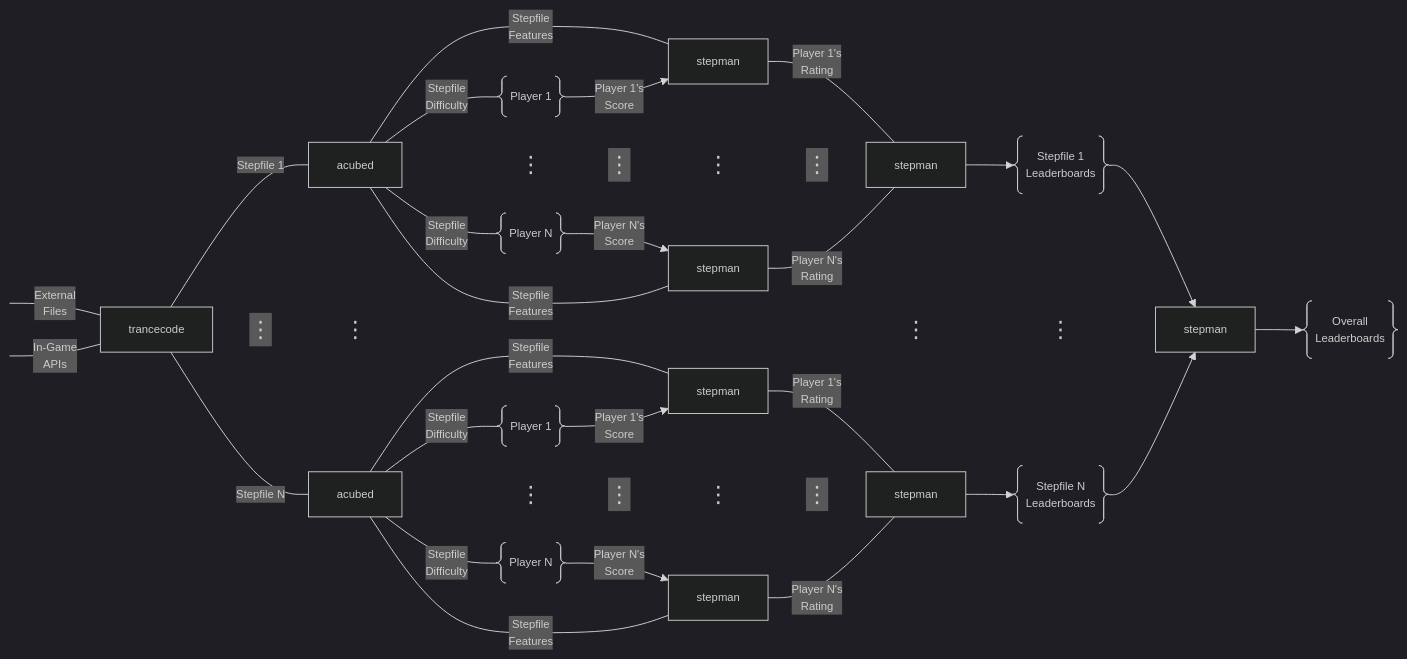
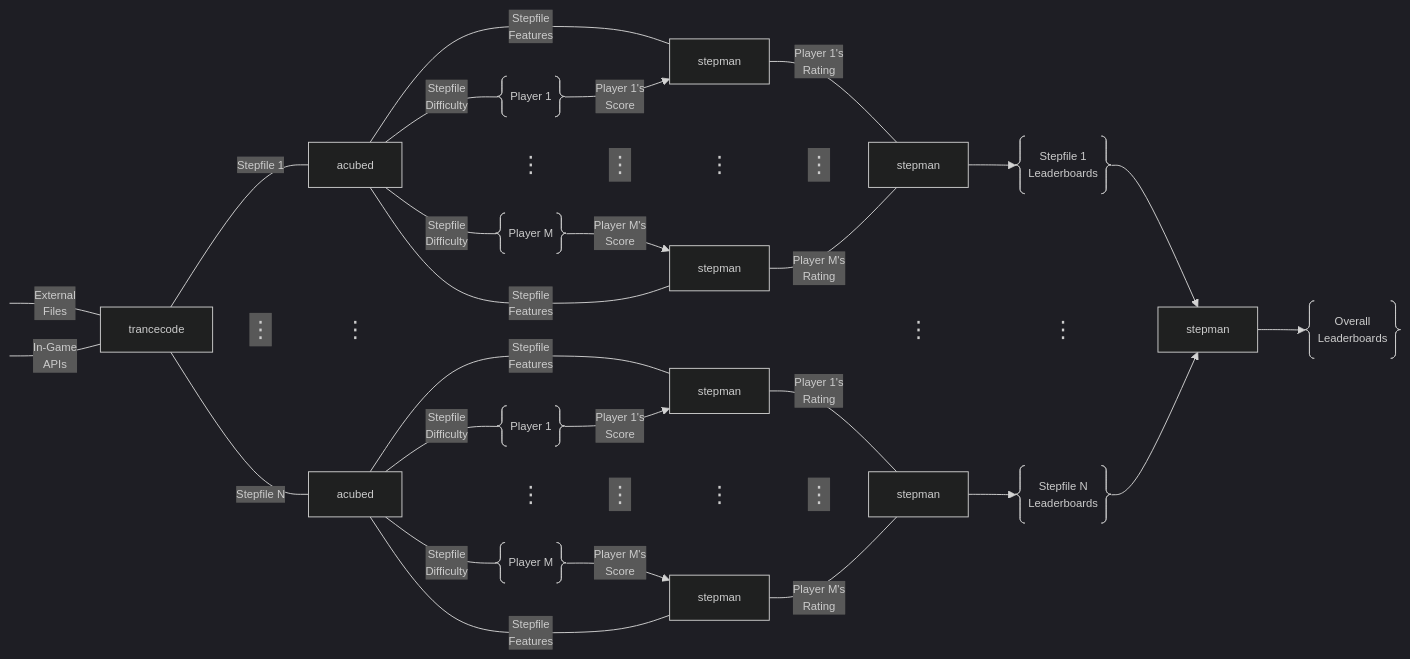
One commit to stepmanai/.github changed the diagram in profile/README.md. Above: the diagram before and after it, drawn with Mermaid.

```diff
--- a/profile/README.md
+++ b/profile/README.md
@@ -93,12 +93,12 @@
 C ~~~ F3@{ label: "⋮" } ~~~ |⋮| D3["⋮"] ~~~ |⋮| D@{ label: "stepman" };
 
 C---|"Stepfile
-Difficulty"|F2@{ shape: braces, label: "Player N" };
-F2 -->|Player N's
+Difficulty"|F2@{ shape: braces, label: "Player M" };
+F2 -->|Player M's
 Score|D2;
 C---|"Stepfile
 Features"|D2@{ label: "stepman" };
-D2 ---|Player N's
+D2 ---|Player M's
 Rating| D@{ label: "stepman" };
 
 B ~~~|⋮| C33["⋮"]
@@ -118,12 +118,12 @@
 C11 ~~~ F311@{ label: "⋮" } ~~~ |⋮| D311["⋮"] ~~~ |⋮| D11@{ label: "stepman" };
 
 C11---|"Stepfile
-Difficulty"|F211@{ shape: braces, label: "Player N" };
-F211 -->|Player N's
+Difficulty"|F211@{ shape: braces, label: "Player M" };
+F211 -->|Player M's
 Score|D211;
 C11---|"Stepfile
 Features"|D211@{ label: "stepman" };
-D211 ---|Player N's
+D211 ---|Player M's
 Rating| D11@{ label: "stepman" };
 
 G--> H1@{ label: "stepman" }--> H@{ shape: braces, label: "Overall
```
